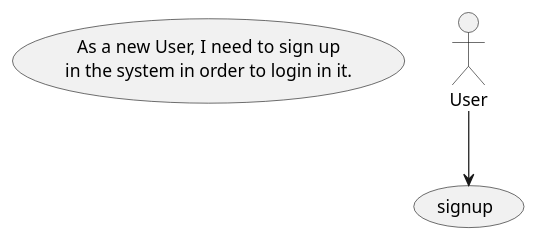
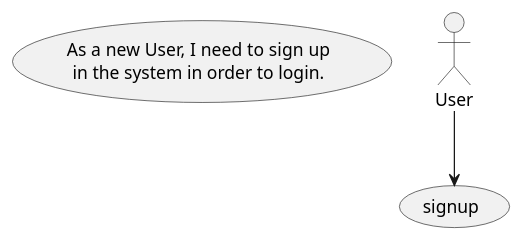
The diagram in src/Uml/UseCase/UC1-signup-user.puml (jesusfar/classified-ads-example), drawn with PlantUML before and after one commit. The commit also changed 1 other file, not shown here.

```diff
--- a/src/Uml/UseCase/UC1-signup-user.puml
+++ b/src/Uml/UseCase/UC1-signup-user.puml
@@ -1,9 +1,9 @@
 @startuml
 top to bottom direction
 usecase UC1 as "
     As a new User, I need to sign up
-    in the system in order to login in it.
+    in the system in order to login.
 "
 actor User
 User --> (signup)
 @enduml
```
